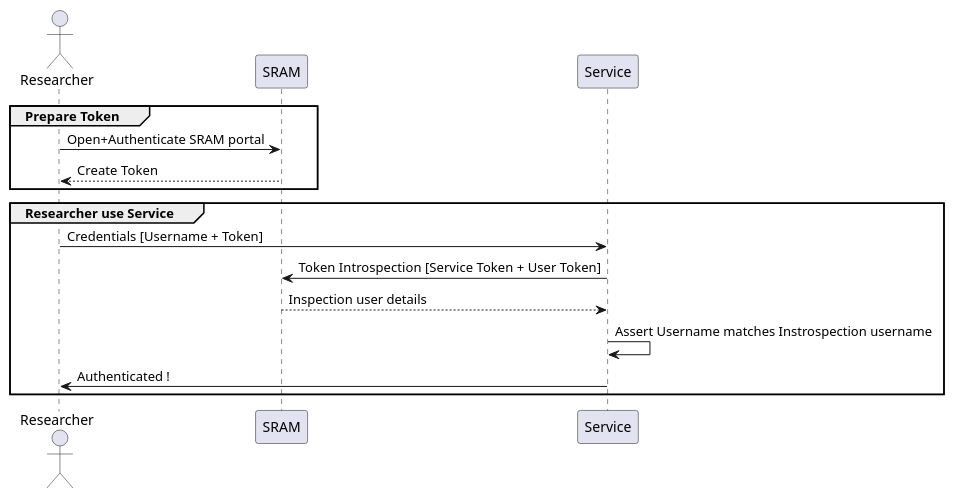
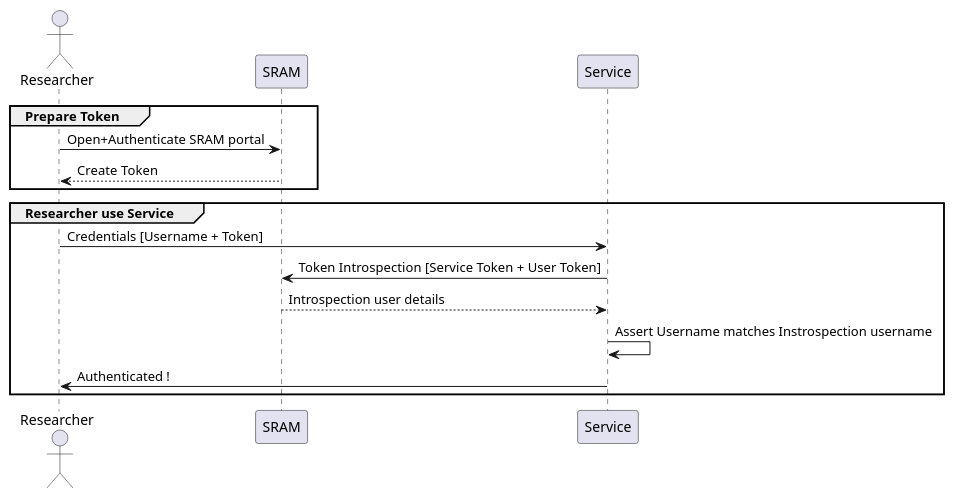
One commit to HarryKodden/SRAM-Token-Service changed the diagram in assets/introspection.iuml. Above: the diagram before and after it, drawn with PlantUML. The commit also changed 1 other file, not shown here.

Commit message:
Add SRAM Toklen pam-python module

```diff
--- a/assets/introspection.iuml
+++ b/assets/introspection.iuml
@@ -1,14 +1,14 @@
 @startuml
 group Prepare Token
 actor Researcher
 Researcher -> SRAM: Open+Authenticate SRAM portal
 Researcher <-- SRAM: Create Token
 end
 group Researcher use Service
 Researcher -> Service: Credentials [Username + Token]
 Service -> SRAM: Token Introspection [Service Token + User Token]
-SRAM --> Service: Inspection user details
+SRAM --> Service: Introspection user details
 Service -> Service: Assert Username matches Instrospection username
 Service -> Researcher: Authenticated !
 end
 @enduml
```
